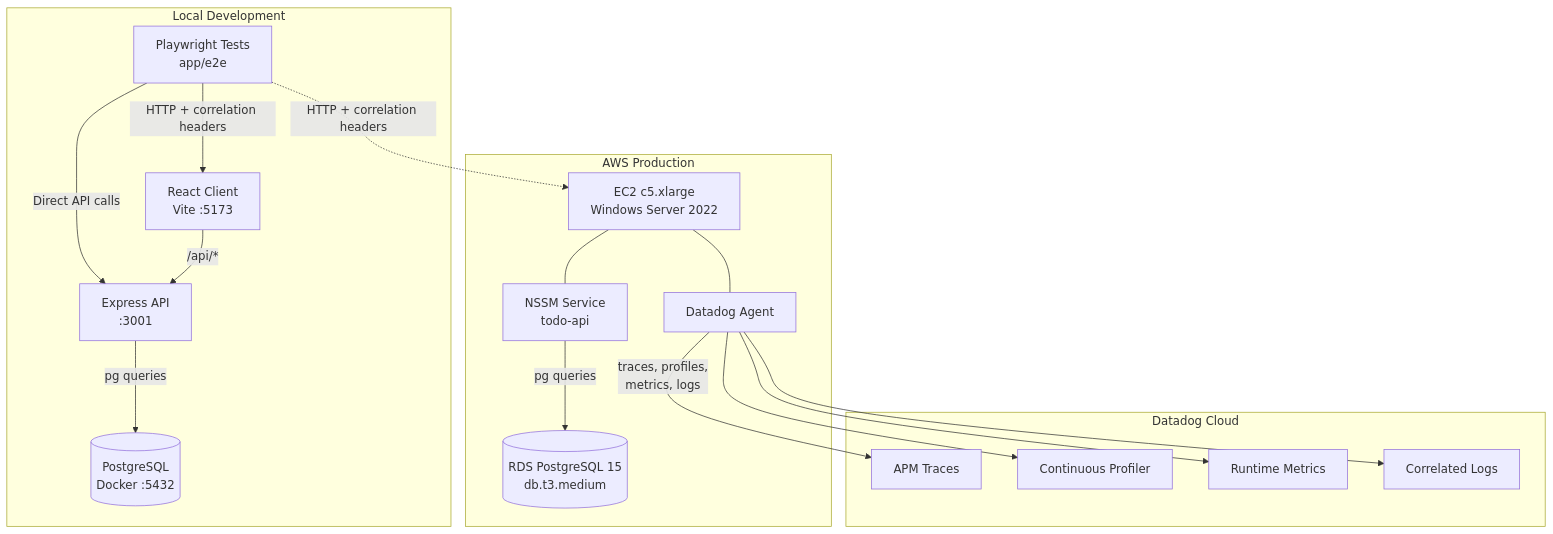
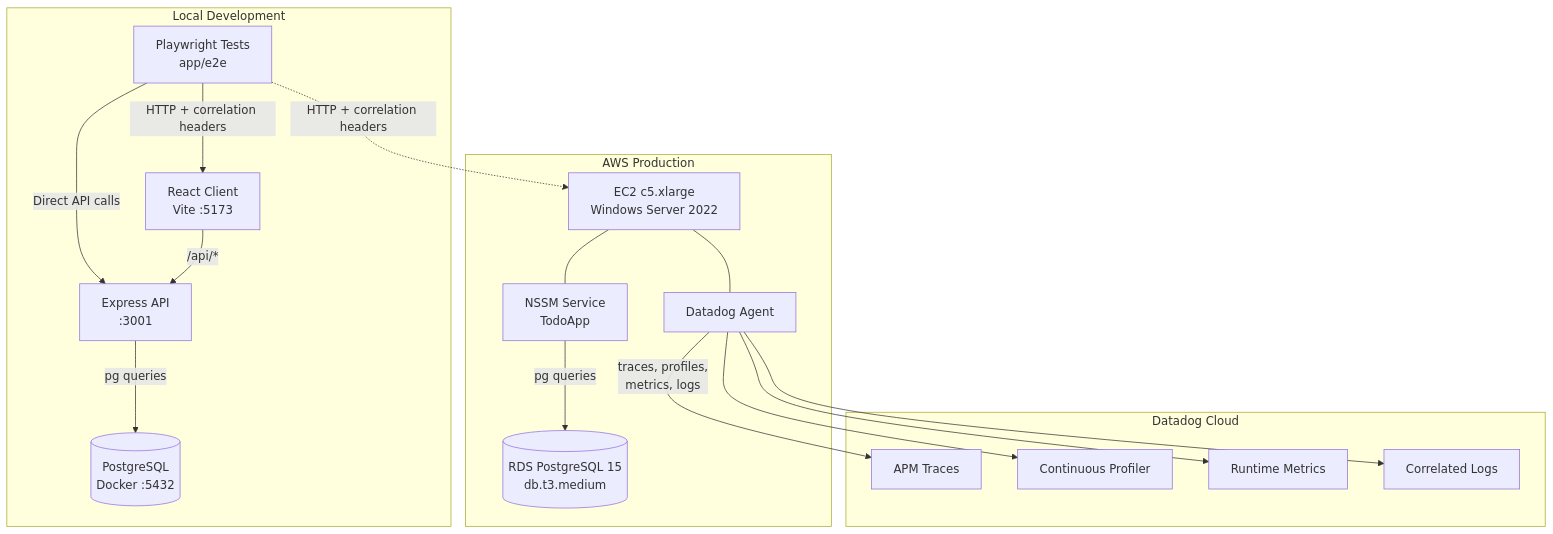
Before and after one commit to vtanathip/sdet-handbook: the first of 4 diagrams in examples/e2e-observability/README.md, drawn with Mermaid. The commit also changed other lines of this file and 1 other file, not shown here.

````diff
--- a/examples/e2e-observability/README.md
+++ b/examples/e2e-observability/README.md
@@ -19,37 +19,37 @@
 ```mermaid
 graph TB
     subgraph Local Development
         PW[Playwright Tests<br/>app/e2e]
         CLIENT[React Client<br/>Vite :5173]
         SERVER[Express API<br/>:3001]
         DB_LOCAL[(PostgreSQL<br/>Docker :5432)]
     end
 
     subgraph AWS Production
         EC2[EC2 c5.xlarge<br/>Windows Server 2022]
         DD_AGENT[Datadog Agent]
         RDS[(RDS PostgreSQL 15<br/>db.t3.medium)]
-        NSSM[NSSM Service<br/>todo-api]
+        NSSM[NSSM Service<br/>TodoApp]
     end
 
     subgraph Datadog Cloud
         APM[APM Traces]
         PROFILER[Continuous Profiler]
         METRICS[Runtime Metrics]
         LOGS[Correlated Logs]
     end
 
     PW -- "HTTP + correlation headers" --> CLIENT
     PW -- "Direct API calls" --> SERVER
     CLIENT -- "/api/*" --> SERVER
     SERVER -- "pg queries" --> DB_LOCAL
 
     PW -. "HTTP + correlation headers" .-> EC2
     EC2 --- NSSM
     NSSM -- "pg queries" --> RDS
     DD_AGENT -- "traces, profiles,<br/>metrics, logs" --> APM
     DD_AGENT --> PROFILER
     DD_AGENT --> METRICS
     DD_AGENT --> LOGS
     EC2 --- DD_AGENT
 ```
````
